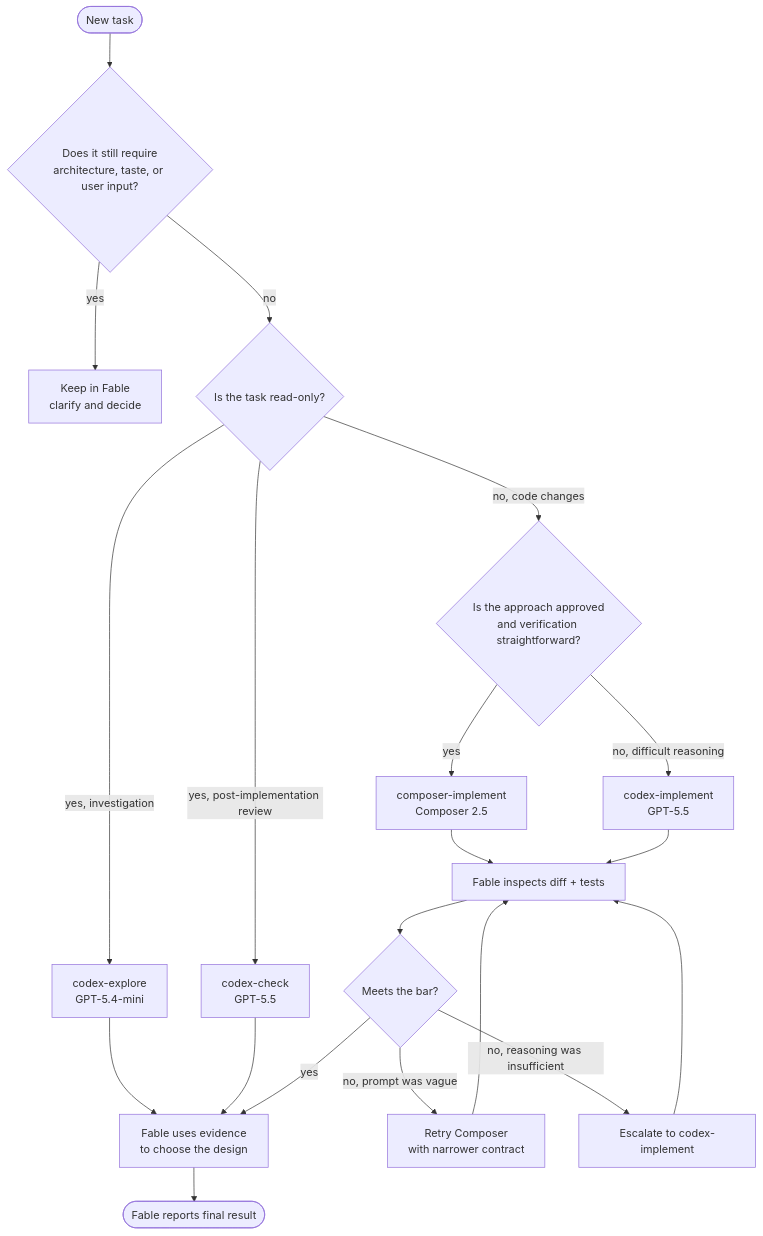
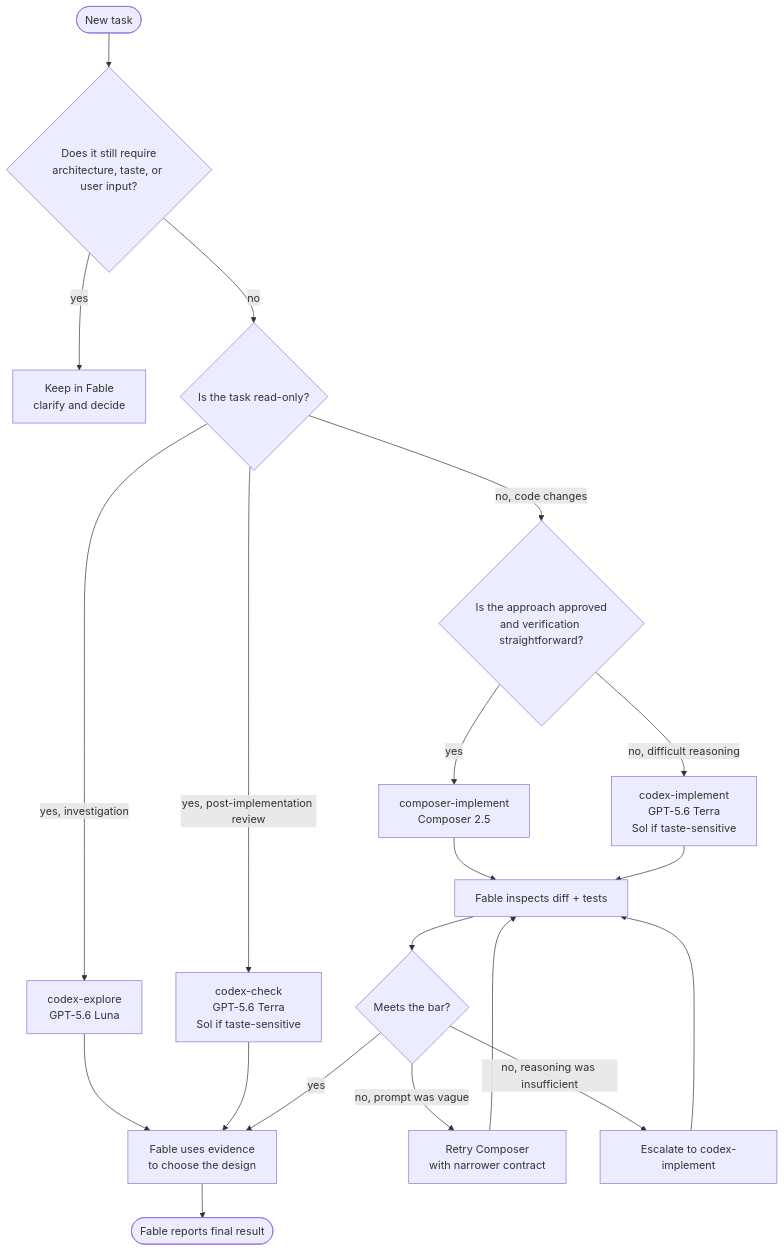
The second of 3 diagrams in docs/diagrams/mermaid.md (andysolomon/arc-orchestrator), drawn with Mermaid before and after one commit. The commit also changed other lines of this file and 41 other files, not shown here.

````diff
--- a/docs/diagrams/mermaid.md
+++ b/docs/diagrams/mermaid.md
@@ -36,26 +36,26 @@
 ```mermaid
 flowchart TD
     Start([New task]) --> Ambiguous{Does it still require<br/>architecture, taste, or user input?}
     Ambiguous -->|yes| Keep["Keep in Fable<br/>clarify and decide"]
     Ambiguous -->|no| ReadOnly{Is the task read-only?}
 
-    ReadOnly -->|yes, investigation| Explore["codex-explore<br/>GPT-5.4-mini"]
-    ReadOnly -->|yes, post-implementation review| Check["codex-check<br/>GPT-5.5"]
+    ReadOnly -->|yes, investigation| Explore["codex-explore<br/>GPT-5.6 Luna"]
+    ReadOnly -->|yes, post-implementation review| Check["codex-check<br/>GPT-5.6 Terra<br/>Sol if taste-sensitive"]
     ReadOnly -->|no, code changes| Clear{Is the approach approved<br/>and verification straightforward?}
 
     Clear -->|yes| Composer["composer-implement<br/>Composer 2.5"]
-    Clear -->|no, difficult reasoning| CodexImpl["codex-implement<br/>GPT-5.5"]
+    Clear -->|no, difficult reasoning| CodexImpl["codex-implement<br/>GPT-5.6 Terra<br/>Sol if taste-sensitive"]
 
     Composer --> Inspect["Fable inspects diff + tests"]
     CodexImpl --> Inspect
     Explore --> Decide["Fable uses evidence<br/>to choose the design"]
     Check --> Decide
 
     Inspect --> Meets{Meets the bar?}
     Meets -->|yes| Decide
     Meets -->|no, prompt was vague| Retry["Retry Composer<br/>with narrower contract"]
     Meets -->|no, reasoning was insufficient| Escalate["Escalate to codex-implement"]
     Retry --> Inspect
     Escalate --> Inspect
     Decide --> Final([Fable reports final result])
 ```
````
